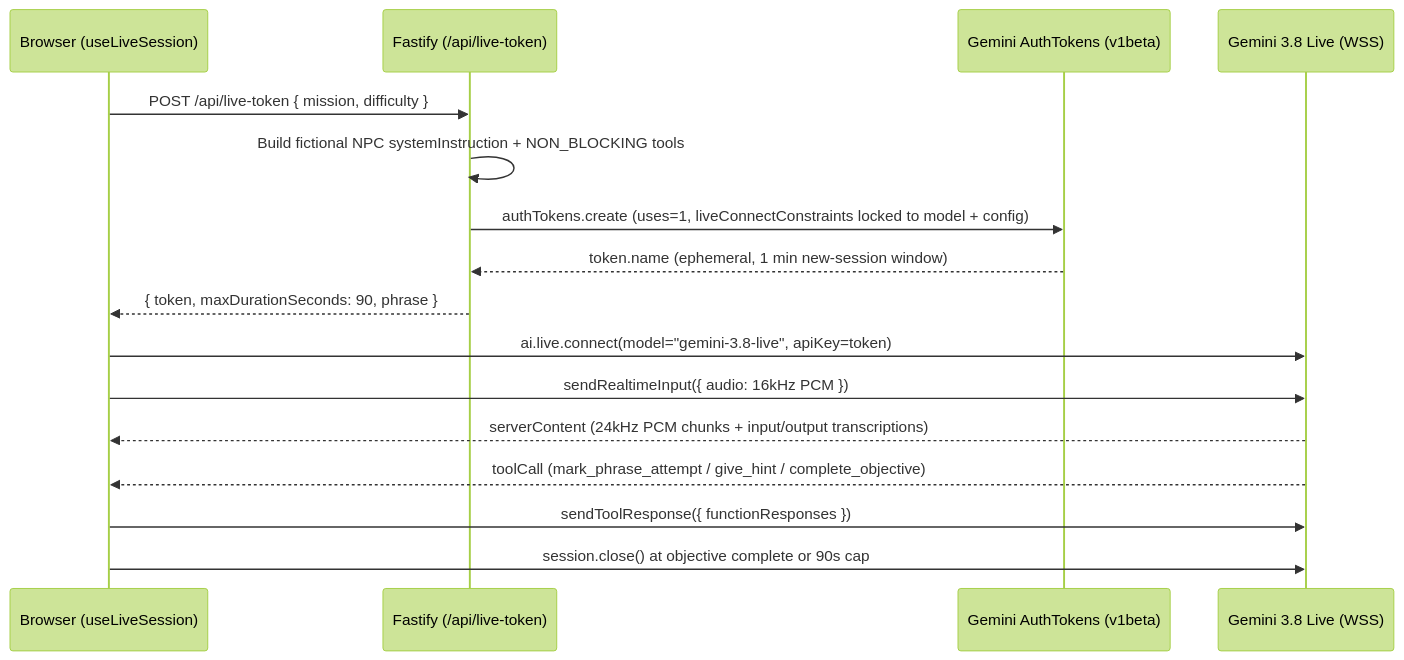
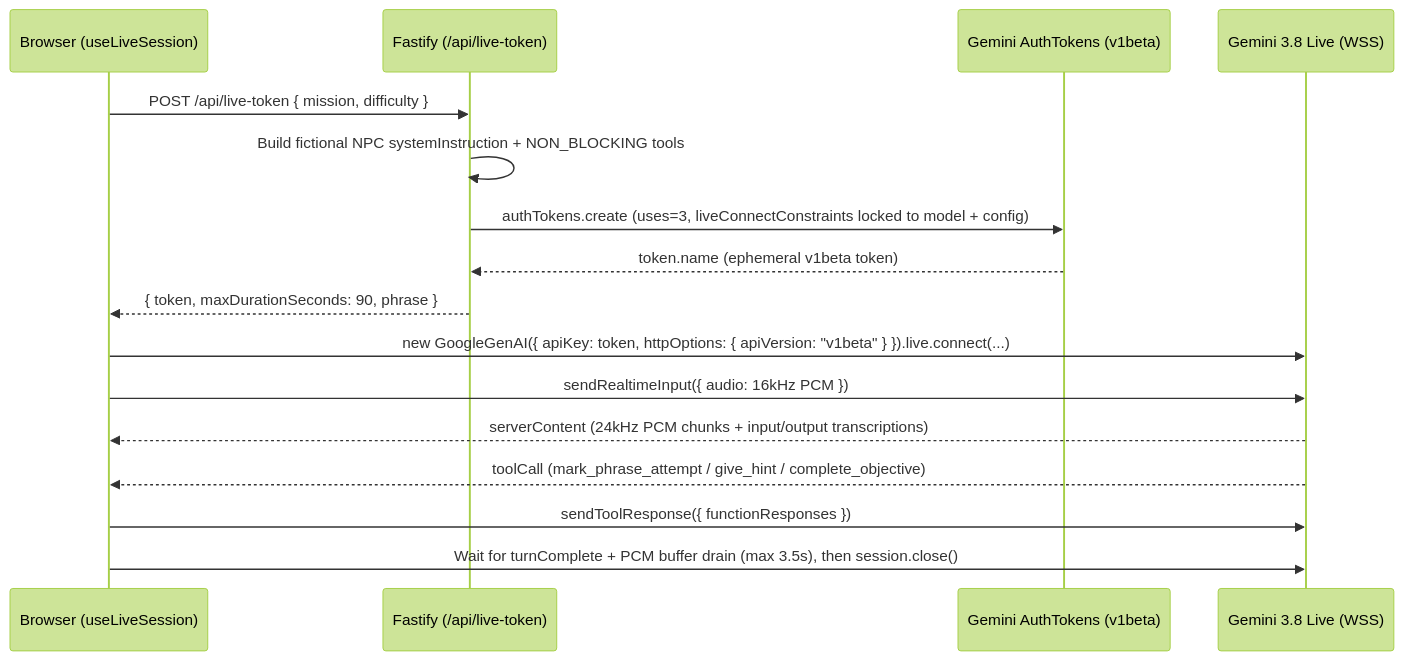
The third of 5 diagrams in docs/ARCHITECTURE.md (bhagyarana/Apna-Area), drawn with Mermaid (forest theme) before and after one commit. The commit also changed other lines of this file and 7 other files, not shown here.

````diff
--- a/docs/ARCHITECTURE.md
+++ b/docs/ARCHITECTURE.md
@@ -150,19 +150,19 @@
 ```mermaid
 sequenceDiagram
   participant Web as Browser (useLiveSession)
   participant Srv as Fastify (/api/live-token)
   participant Auth as Gemini AuthTokens (v1beta)
   participant Live as Gemini 3.8 Live (WSS)
 
   Web->>Srv: POST /api/live-token { mission, difficulty }
   Srv->>Srv: Build fictional NPC systemInstruction + NON_BLOCKING tools
-  Srv->>Auth: authTokens.create (uses=1, liveConnectConstraints locked to model + config)
-  Auth-->>Srv: token.name (ephemeral, 1 min new-session window)
+  Srv->>Auth: authTokens.create (uses=3, liveConnectConstraints locked to model + config)
+  Auth-->>Srv: token.name (ephemeral v1beta token)
   Srv-->>Web: { token, maxDurationSeconds: 90, phrase }
-  Web->>Live: ai.live.connect(model="gemini-3.8-live", apiKey=token)
+  Web->>Live: new GoogleGenAI({ apiKey: token, httpOptions: { apiVersion: "v1beta" } }).live.connect(...)
   Web->>Live: sendRealtimeInput({ audio: 16kHz PCM })
   Live-->>Web: serverContent (24kHz PCM chunks + input/output transcriptions)
   Live-->>Web: toolCall (mark_phrase_attempt / give_hint / complete_objective)
   Web->>Live: sendToolResponse({ functionResponses })
-  Web->>Live: session.close() at objective complete or 90s cap
+  Web->>Live: Wait for turnComplete + PCM buffer drain (max 3.5s), then session.close()
 ```
````
